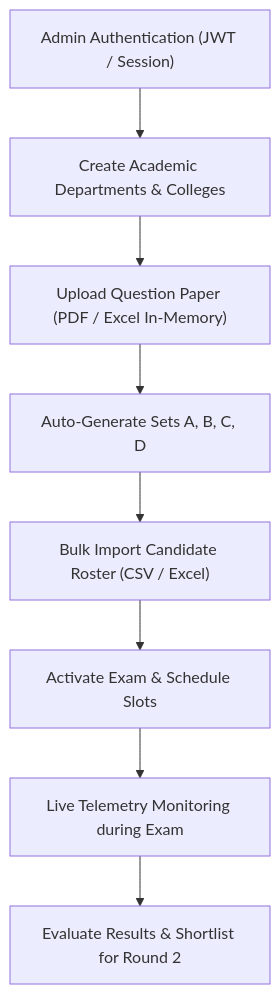
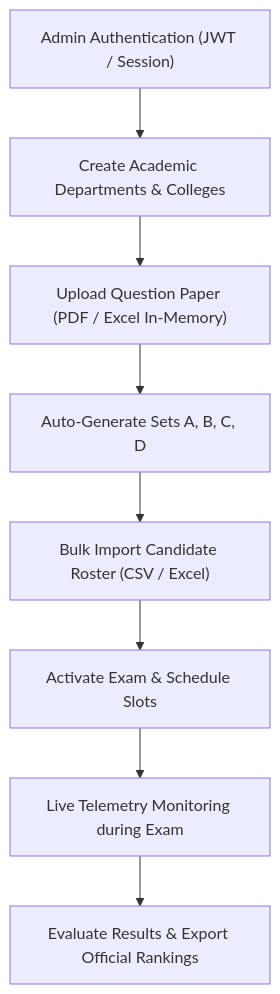
The first of 3 diagrams in PRODUCT_REQUIREMENT_DOCUMENT.md (Kss-Official/KSS-EXAM-PLATFORM), drawn with Mermaid before and after one commit. The commit also changed other lines of this file, not shown here.

Commit message:
docs: remove Round 2 technical coding references from PRD, focus on MCQ assessment

````diff
--- a/PRODUCT_REQUIREMENT_DOCUMENT.md
+++ b/PRODUCT_REQUIREMENT_DOCUMENT.md
@@ -73,10 +76,10 @@
 ```mermaid
 flowchart TD
     A["Admin Authentication (JWT / Session)"] --> B["Create Academic Departments & Colleges"]
     B --> C["Upload Question Paper (PDF / Excel In-Memory)"]
     C --> D["Auto-Generate Sets A, B, C, D"]
     D --> E["Bulk Import Candidate Roster (CSV / Excel)"]
     E --> F["Activate Exam & Schedule Slots"]
     F --> G["Live Telemetry Monitoring during Exam"]
-    G --> H["Evaluate Results & Shortlist for Round 2"]
+    G --> H["Evaluate Results & Export Official Rankings"]
 ```
````
